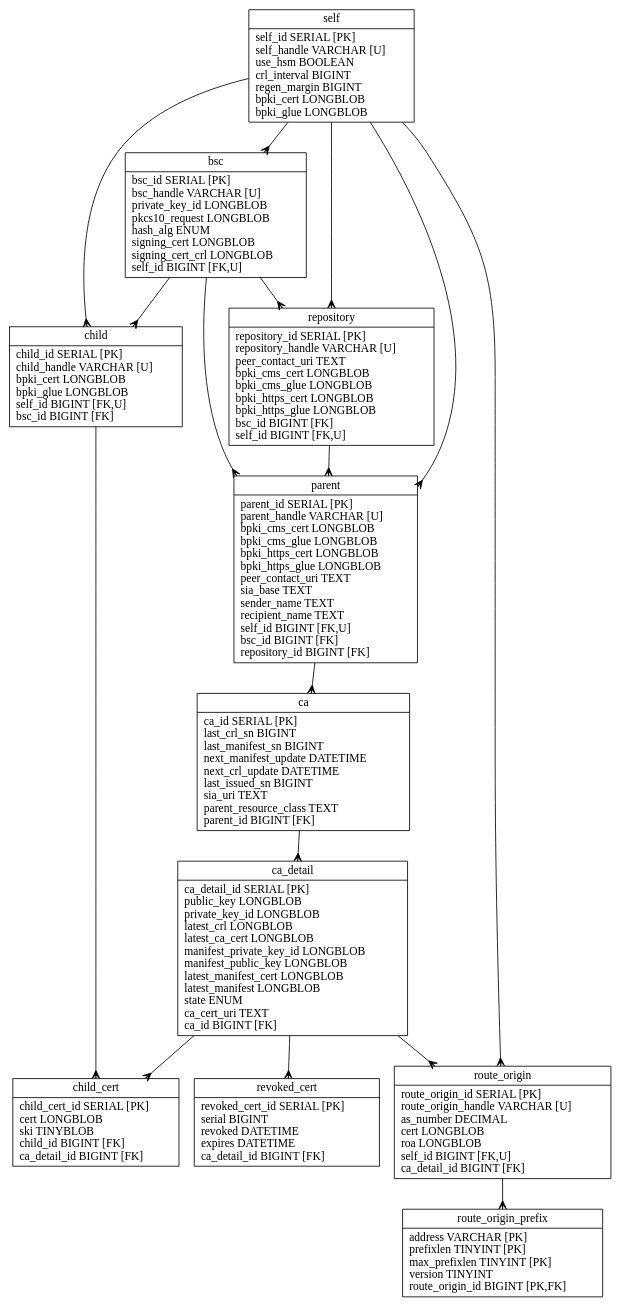
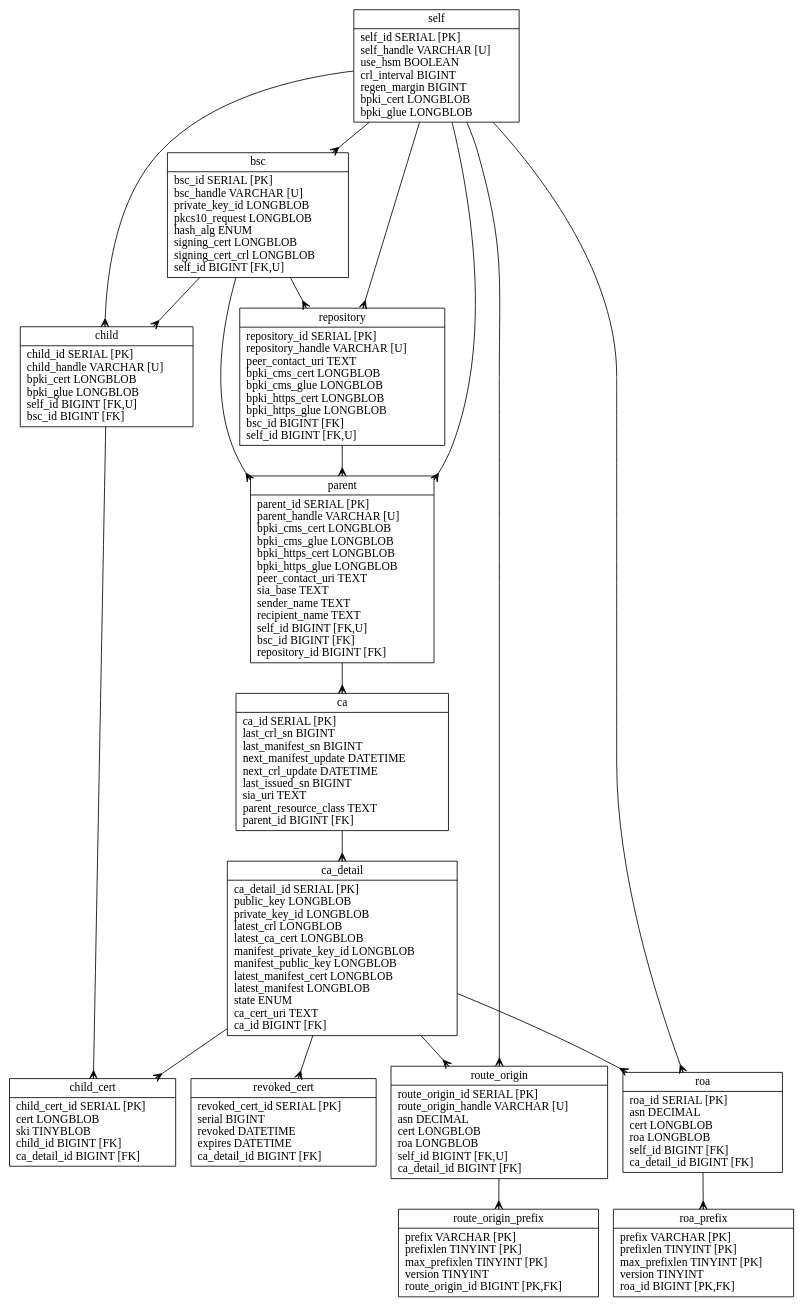
One commit to dragonresearch/rpki.net changed the diagram in rpkid/doc/rpkid.dot. Above: the diagram before and after it, drawn with Graphviz. The commit also changed 25 other files, not shown here.

First line of the commit message:
Convert ROA generation code from push model (<route_origin/> objects in rpkid) to pull model (IRDB for <list_roa_request/> queries).

```diff
--- a/rpkid/doc/rpkid.dot
+++ b/rpkid/doc/rpkid.dot
@@ -1,34 +1,39 @@
 // Automatically generated from rpkid.sql
 
 digraph test {
 	edge [arrowtail=none, arrowhead=crow];
 	graph [ratio=fill, overlap=false, bgcolor=white];
 	node [label="\N", fillcolor=white, shape=record, style=filled];
 	self [label="{self\n|self_id\ SERIAL\ [PK]\lself_handle\ VARCHAR\ [U]\luse_hsm\ BOOLEAN\lcrl_interval\ BIGINT\lregen_margin\ BIGINT\lbpki_cert\ LONGBLOB\lbpki_glue\ LONGBLOB\l}"];
 	bsc [label="{bsc\n|bsc_id\ SERIAL\ [PK]\lbsc_handle\ VARCHAR\ [U]\lprivate_key_id\ LONGBLOB\lpkcs10_request\ LONGBLOB\lhash_alg\ ENUM\lsigning_cert\ LONGBLOB\lsigning_cert_crl\ LONGBLOB\lself_id\ BIGINT\ [FK,U]\l}"];
 	repository [label="{repository\n|repository_id\ SERIAL\ [PK]\lrepository_handle\ VARCHAR\ [U]\lpeer_contact_uri\ TEXT\lbpki_cms_cert\ LONGBLOB\lbpki_cms_glue\ LONGBLOB\lbpki_https_cert\ LONGBLOB\lbpki_https_glue\ LONGBLOB\lbsc_id\ BIGINT\ [FK]\lself_id\ BIGINT\ [FK,U]\l}"];
 	parent [label="{parent\n|parent_id\ SERIAL\ [PK]\lparent_handle\ VARCHAR\ [U]\lbpki_cms_cert\ LONGBLOB\lbpki_cms_glue\ LONGBLOB\lbpki_https_cert\ LONGBLOB\lbpki_https_glue\ LONGBLOB\lpeer_contact_uri\ TEXT\lsia_base\ TEXT\lsender_name\ TEXT\lrecipient_name\ TEXT\lself_id\ BIGINT\ [FK,U]\lbsc_id\ BIGINT\ [FK]\lrepository_id\ BIGINT\ [FK]\l}"];
 	ca [label="{ca\n|ca_id\ SERIAL\ [PK]\llast_crl_sn\ BIGINT\llast_manifest_sn\ BIGINT\lnext_manifest_update\ DATETIME\lnext_crl_update\ DATETIME\llast_issued_sn\ BIGINT\lsia_uri\ TEXT\lparent_resource_class\ TEXT\lparent_id\ BIGINT\ [FK]\l}"];
 	ca_detail [label="{ca_detail\n|ca_detail_id\ SERIAL\ [PK]\lpublic_key\ LONGBLOB\lprivate_key_id\ LONGBLOB\llatest_crl\ LONGBLOB\llatest_ca_cert\ LONGBLOB\lmanifest_private_key_id\ LONGBLOB\lmanifest_public_key\ LONGBLOB\llatest_manifest_cert\ LONGBLOB\llatest_manifest\ LONGBLOB\lstate\ ENUM\lca_cert_uri\ TEXT\lca_id\ BIGINT\ [FK]\l}"];
 	child [label="{child\n|child_id\ SERIAL\ [PK]\lchild_handle\ VARCHAR\ [U]\lbpki_cert\ LONGBLOB\lbpki_glue\ LONGBLOB\lself_id\ BIGINT\ [FK,U]\lbsc_id\ BIGINT\ [FK]\l}"];
 	child_cert [label="{child_cert\n|child_cert_id\ SERIAL\ [PK]\lcert\ LONGBLOB\lski\ TINYBLOB\lchild_id\ BIGINT\ [FK]\lca_detail_id\ BIGINT\ [FK]\l}"];
 	revoked_cert [label="{revoked_cert\n|revoked_cert_id\ SERIAL\ [PK]\lserial\ BIGINT\lrevoked\ DATETIME\lexpires\ DATETIME\lca_detail_id\ BIGINT\ [FK]\l}"];
-	route_origin [label="{route_origin\n|route_origin_id\ SERIAL\ [PK]\lroute_origin_handle\ VARCHAR\ [U]\las_number\ DECIMAL\lcert\ LONGBLOB\lroa\ LONGBLOB\lself_id\ BIGINT\ [FK,U]\lca_detail_id\ BIGINT\ [FK]\l}"];
-	route_origin_prefix [label="{route_origin_prefix\n|address\ VARCHAR\ [PK]\lprefixlen\ TINYINT\ [PK]\lmax_prefixlen\ TINYINT\ [PK]\lversion\ TINYINT\lroute_origin_id\ BIGINT\ [PK,FK]\l}"];
+	route_origin [label="{route_origin\n|route_origin_id\ SERIAL\ [PK]\lroute_origin_handle\ VARCHAR\ [U]\lasn\ DECIMAL\lcert\ LONGBLOB\lroa\ LONGBLOB\lself_id\ BIGINT\ [FK,U]\lca_detail_id\ BIGINT\ [FK]\l}"];
+	route_origin_prefix [label="{route_origin_prefix\n|prefix\ VARCHAR\ [PK]\lprefixlen\ TINYINT\ [PK]\lmax_prefixlen\ TINYINT\ [PK]\lversion\ TINYINT\lroute_origin_id\ BIGINT\ [PK,FK]\l}"];
+	roa [label="{roa\n|roa_id\ SERIAL\ [PK]\lasn\ DECIMAL\lcert\ LONGBLOB\lroa\ LONGBLOB\lself_id\ BIGINT\ [FK]\lca_detail_id\ BIGINT\ [FK]\l}"];
+	roa_prefix [label="{roa_prefix\n|prefix\ VARCHAR\ [PK]\lprefixlen\ TINYINT\ [PK]\lmax_prefixlen\ TINYINT\ [PK]\lversion\ TINYINT\lroa_id\ BIGINT\ [PK,FK]\l}"];
 	bsc -> child;
 	bsc -> parent;
 	bsc -> repository;
 	ca -> ca_detail;
 	ca_detail -> child_cert;
 	ca_detail -> revoked_cert;
+	ca_detail -> roa;
 	ca_detail -> route_origin;
 	child -> child_cert;
 	parent -> ca;
 	repository -> parent;
+	roa -> roa_prefix;
 	route_origin -> route_origin_prefix;
 	self -> bsc;
 	self -> child;
 	self -> parent;
 	self -> repository;
+	self -> roa;
 	self -> route_origin;
 }
```
